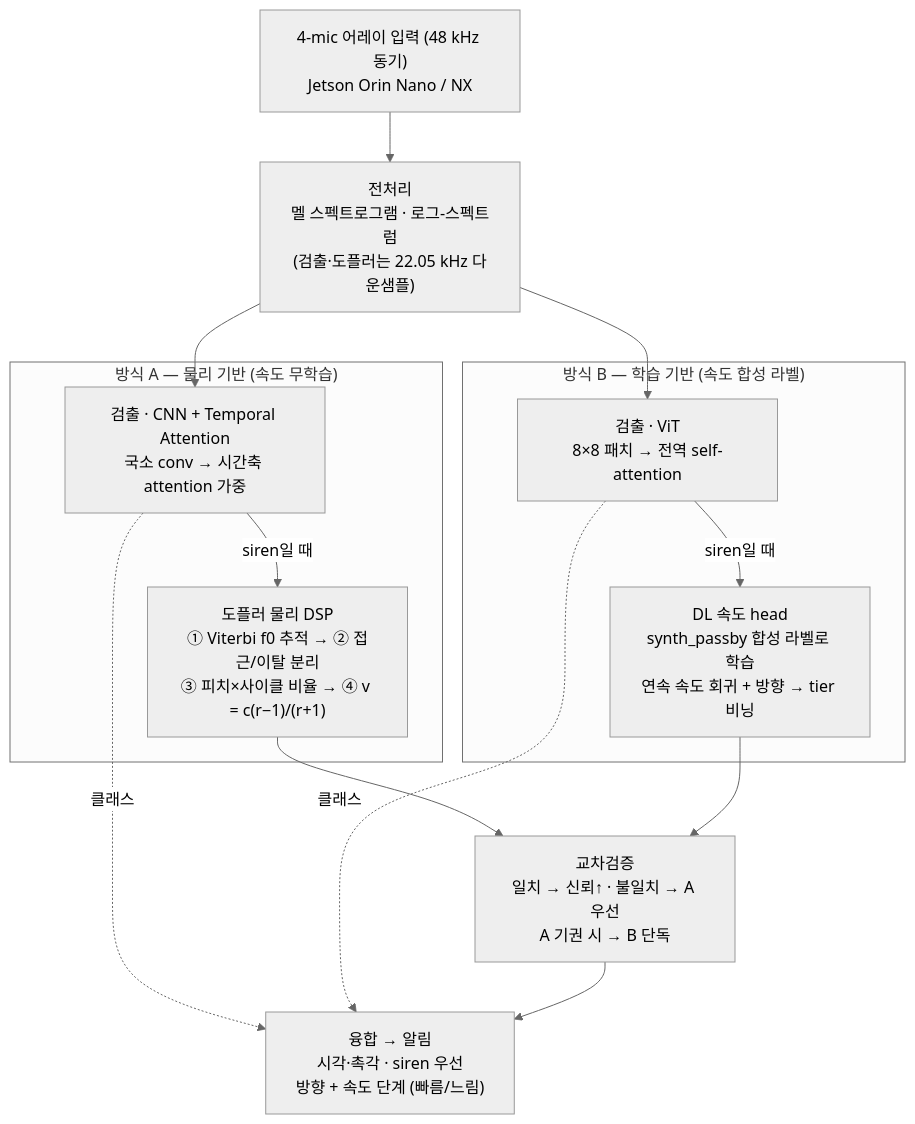
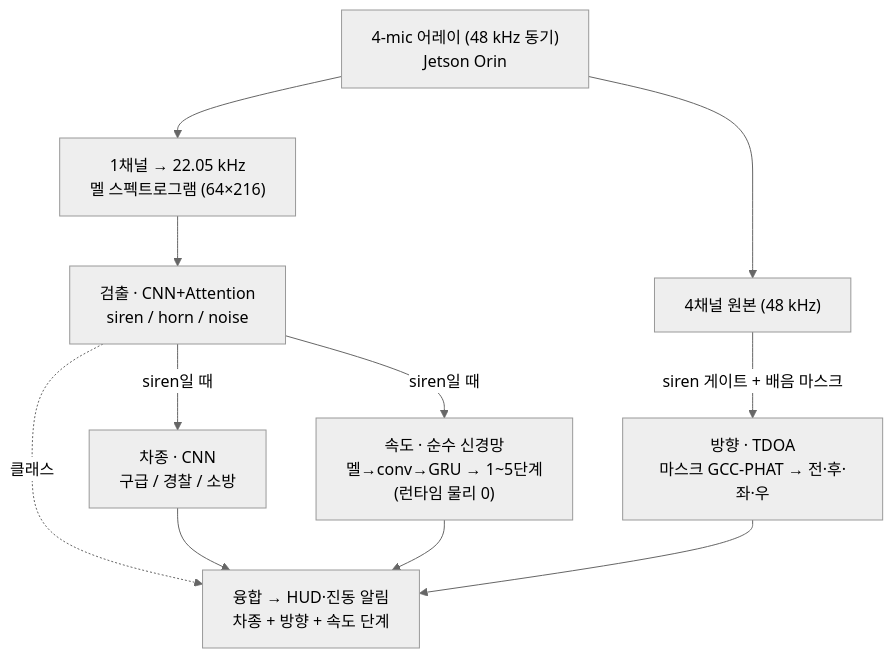
Before and after one commit to EmergencySoundAssist/ViT-CNN-Attention: the diagram in README.md, drawn with Mermaid (neutral theme). The commit also changed other lines of this file, not shown here.

First line of the commit message:
docs(README): 아키텍처 다이어그램·요약을 최종 수렴 구조로 갱신

````diff
--- a/README.md
+++ b/README.md
@@ -27,20 +28,15 @@
 ```mermaid
 flowchart TD
-    MIC["4-mic 어레이 입력 (48 kHz 동기)<br/>Jetson Orin Nano / NX"] --> PRE["전처리<br/>멜 스펙트로그램 · 로그-스펙트럼<br/>(검출·도플러는 22.05 kHz 다운샘플)"]
+    MIC["4-mic 어레이 (48 kHz 동기)<br/>Jetson Orin"] --> MEL["1채널 → 22.05 kHz<br/>멜 스펙트로그램 (64×216)"]
+    MIC --> RAW["4채널 원본 (48 kHz)"]
 
-    subgraph MA["방식 A — 물리 기반 (속도 무학습)"]
-        A1["검출 · CNN + Temporal Attention<br/>국소 conv → 시간축 attention 가중"] -->|"siren일 때"| A2["도플러 물리 DSP<br/>① Viterbi f0 추적 → ② 접근/이탈 분리<br/>③ 피치×사이클 비율 → ④ v = c(r−1)/(r+1)"]
-    end
+    MEL --> DET["검출 · CNN+Attention<br/>siren / horn / noise"]
+    DET -->|"siren일 때"| SUB["차종 · CNN<br/>구급 / 경찰 / 소방"]
+    DET -->|"siren일 때"| SPD["속도 · 순수 신경망<br/>멜→conv→GRU → 1~5단계<br/>(런타임 물리 0)"]
+    RAW -->|"siren 게이트 + 배음 마스크"| DIR["방향 · TDOA<br/>마스크 GCC-PHAT → 전·후·좌·우"]
 
-    subgraph MB["방식 B — 학습 기반 (속도 합성 라벨)"]
-        B1["검출 · ViT<br/>8×8 패치 → 전역 self-attention"] -->|"siren일 때"| B2["DL 속도 head<br/>synth_passby 합성 라벨로 학습<br/>연속 속도 회귀 + 방향 → tier 비닝"]
-    end
-
-    PRE --> A1
-    PRE --> B1
-    A2 --> XV["교차검증<br/>일치 → 신뢰↑ · 불일치 → A 우선<br/>A 기권 시 → B 단독"]
-    B2 --> XV
-    A1 -.->|"클래스"| FUSE
-    B1 -.->|"클래스"| FUSE
-    XV --> FUSE["융합 → 알림<br/>시각·촉각 · siren 우선<br/>방향 + 속도 단계 (빠름/느림)"]
+    DET -.->|"클래스"| FUSE
+    SUB --> FUSE
+    SPD --> FUSE
+    DIR --> FUSE["융합 → HUD·진동 알림<br/>차종 + 방향 + 속도 단계"]
 ```
````
